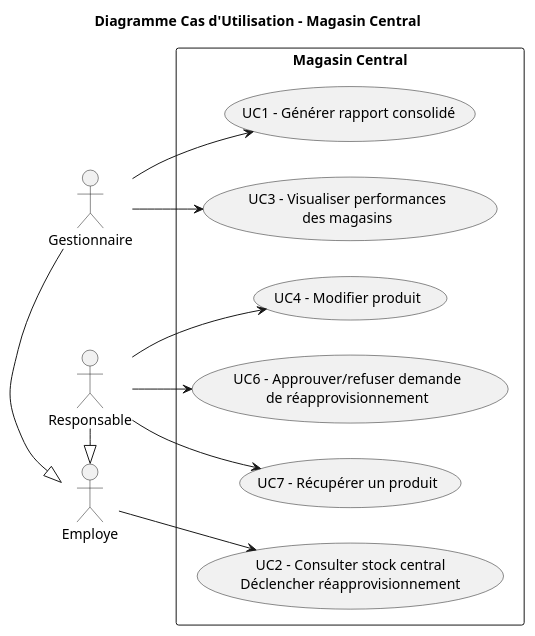
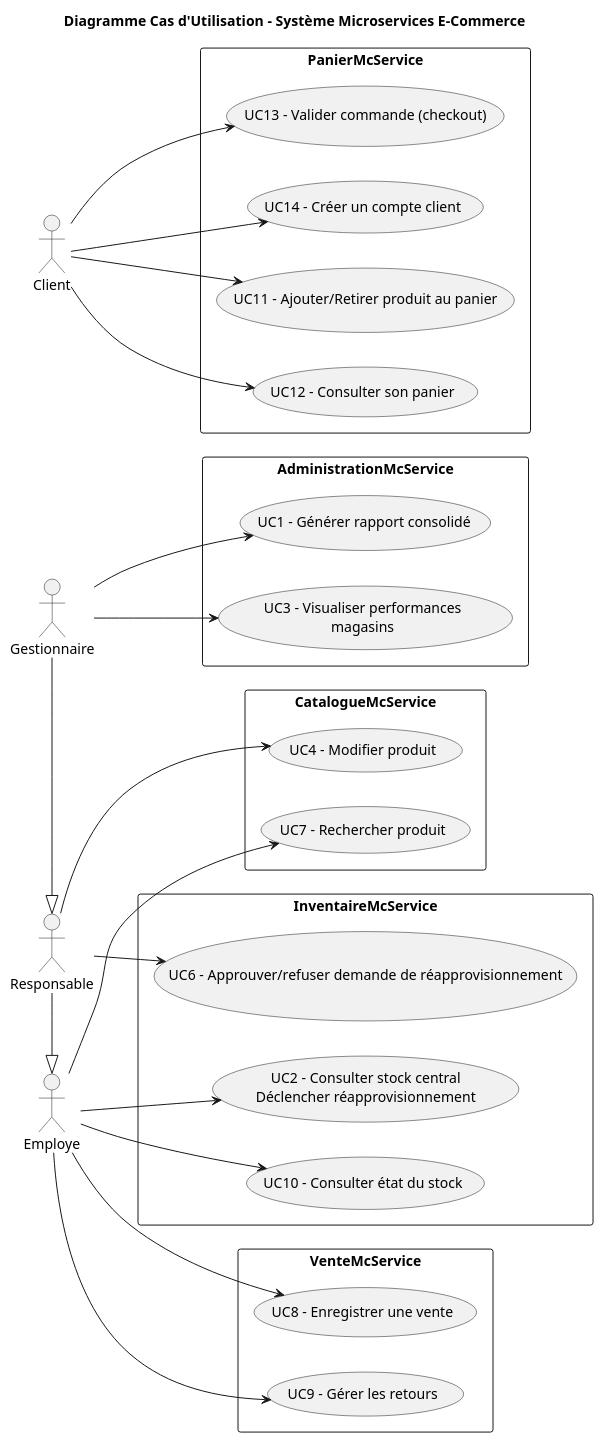
The diagram in docs/UML/CU/DiagrammeCU.puml (itsahmed98/log430-lab5), drawn with PlantUML before and after one commit. The commit also changed 22 other files, not shown here.

```diff
--- a/docs/UML/CU/DiagrammeCU.puml
+++ b/docs/UML/CU/DiagrammeCU.puml
@@ -1,27 +1,65 @@
-@startuml "Diagramme Cas d'Utilisation - Magasin Central"
-title Diagramme Cas d'Utilisation - Magasin Central
+@startuml "Diagramme Cas d'Utilisation - Microservices"
+
+title Diagramme Cas d'Utilisation - Système Microservices E-Commerce
+
 left to right direction
+skinparam packageStyle rectangle
 
 actor Employe as E
+actor Responsable as R
 actor Gestionnaire as G
-actor Responsable as R
+actor Client as C
 
-G -|> E
+G -|> R
 R -|> E
 
-rectangle "Magasin Central" {
-    usecase UC1 as "UC1 - Générer rapport consolidé"
-    usecase UC2 as "UC2 - Consulter stock central\nDéclencher réapprovisionnement"
-    usecase UC3 as "UC3 - Visualiser performances\ndes magasins"
+package "CatalogueMcService" {
     usecase UC4 as "UC4 - Modifier produit"
-    usecase UC6 as "UC6 - Approuver/refuser demande\nde réapprovisionnement"
-    usecase UC7 as "UC7 - Récupérer un produit"
+    usecase UC7 as "UC7 - Rechercher produit"
 }
 
-G --> UC1
+package "InventaireMcService" {
+    usecase UC2 as "UC2 - Consulter stock central\nDéclencher réapprovisionnement"
+    usecase UC10 as "UC10 - Consulter état du stock"
+    usecase UC6 as "UC6 - Approuver/refuser demande de réapprovisionnement"
+}
+
+package "AdministrationMcService" {
+    usecase UC1 as "UC1 - Générer rapport consolidé"
+    usecase UC3 as "UC3 - Visualiser performances\nmagasins"
+}
+
+
+package "VenteMcService" {
+    usecase UC8 as "UC8 - Enregistrer une vente"
+    usecase UC9 as "UC9 - Gérer les retours"
+}
+
+package "PanierMcService" {
+    usecase UC11 as "UC11 - Ajouter/Retirer produit au panier"
+    usecase UC12 as "UC12 - Consulter son panier"
+    usecase UC13 as "UC13 - Valider commande (checkout)"
+    usecase UC14 as "UC14 - Créer un compte client"
+}
+
+
+' Associations
+
 E --> UC2
-G --> UC3
+E --> UC7
+E --> UC8
+E --> UC9
+E --> UC10
+
 R --> UC4
 R --> UC6
-R --> UC7
+
+G --> UC1
+G --> UC3
+
+C --> UC11
+C --> UC12
+C --> UC13
+C --> UC14
+
 @enduml
```
